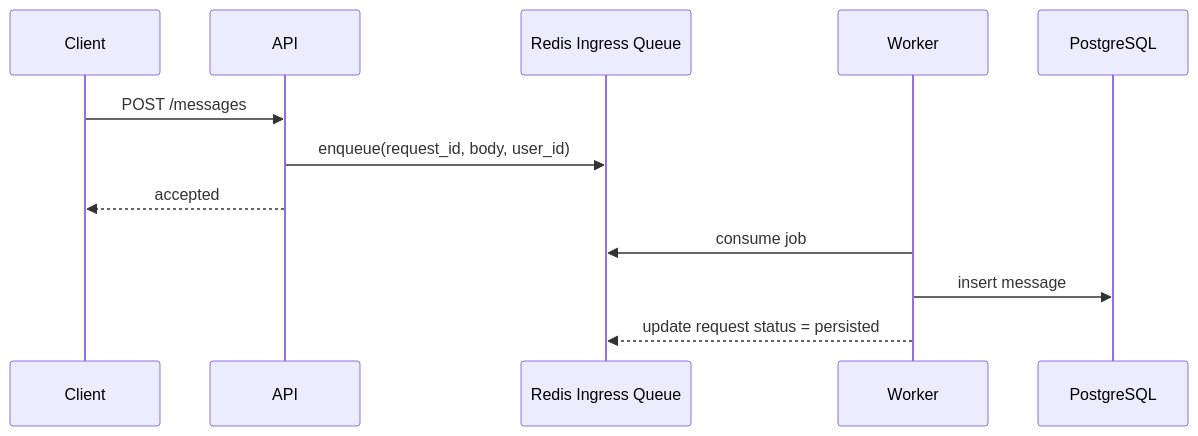
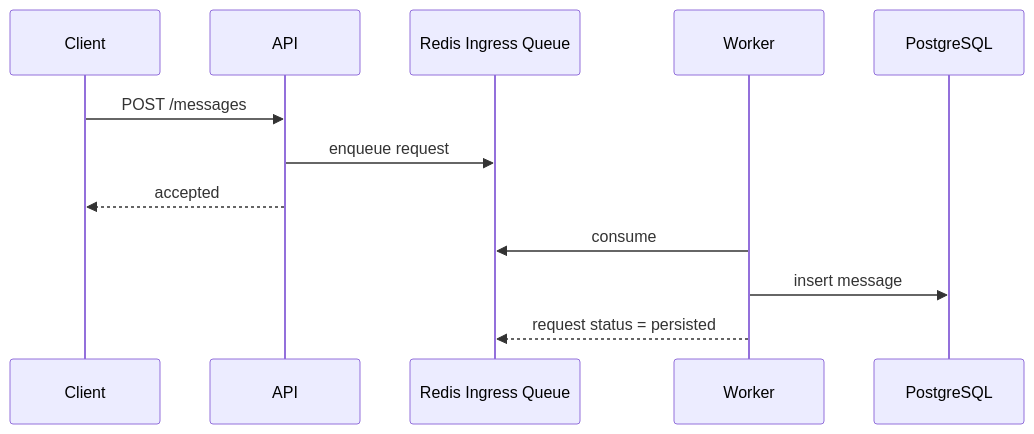
One commit to Jangwanko/Cloud_portfolio changed the second of 3 diagrams in README.md. Above: the diagram before and after it, drawn with Mermaid. The commit also changed other lines of this file and 14 other files, not shown here.

````diff
--- a/README.md
+++ b/README.md
@@ -32,15 +41,15 @@
 ```mermaid
 sequenceDiagram
     participant C as Client
     participant A as API
     participant R as Redis Ingress Queue
     participant W as Worker
     participant D as PostgreSQL
 
     C->>A: POST /messages
-    A->>R: enqueue(request_id, body, user_id)
+    A->>R: enqueue request
     A-->>C: accepted
-    W->>R: consume job
+    W->>R: consume
     W->>D: insert message
-    W-->>R: update request status = persisted
+    W-->>R: request status = persisted
 ```
````
